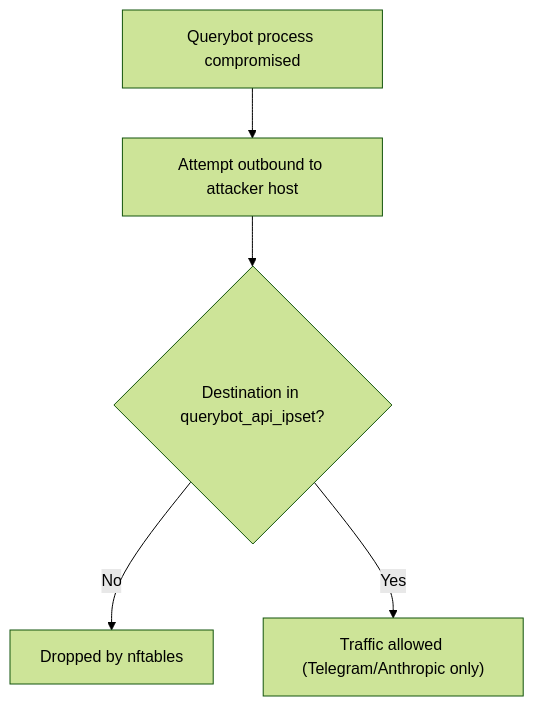
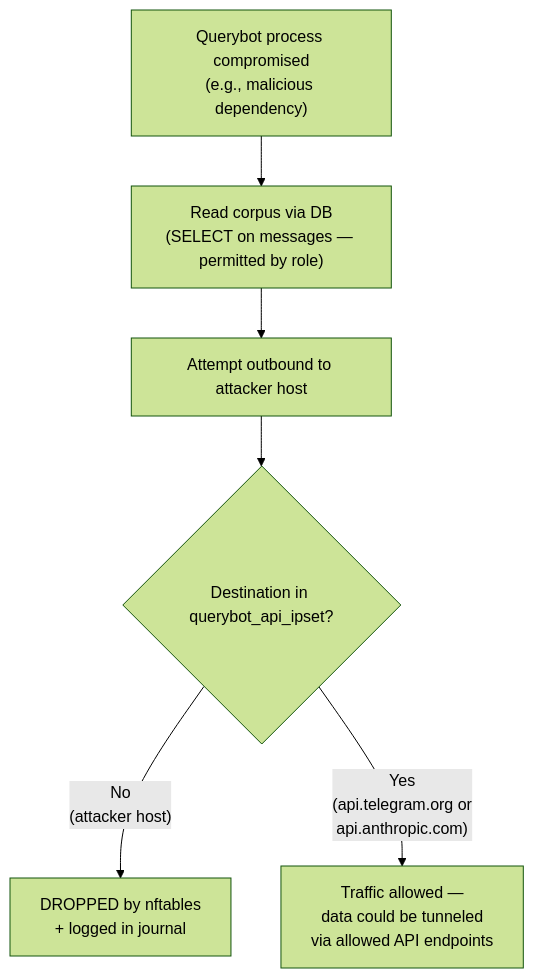
The second of 7 diagrams in tg-assistant/docs/SECURITY_MODEL.md (obheda12/telelocal), drawn with Mermaid (forest theme) before and after one commit. The commit also changed other lines of this file, not shown here.

First line of the commit message:
Rewrite security threat model with architectural depth and structural improvements

````diff
--- a/tg-assistant/docs/SECURITY_MODEL.md
+++ b/tg-assistant/docs/SECURITY_MODEL.md
@@ -408,7 +521,8 @@
 ```mermaid
 flowchart TD
-    A["Querybot process compromised"] --> B["Attempt outbound to attacker host"]
-    B --> C{"Destination in querybot_api_ipset?"}
-    C -->|No| D["Dropped by nftables"]
-    C -->|Yes| E["Traffic allowed (Telegram/Anthropic only)"]
+    A["Querybot process compromised<br/>(e.g., malicious dependency)"] --> B["Read corpus via DB<br/>(SELECT on messages — permitted by role)"]
+    B --> C["Attempt outbound to attacker host"]
+    C --> D{"Destination in querybot_api_ipset?"}
+    D -->|"No<br/>(attacker host)"| E["DROPPED by nftables<br/>+ logged in journal"]
+    D -->|"Yes<br/>(api.telegram.org or<br/>api.anthropic.com)"| F["Traffic allowed —<br/>data could be tunneled<br/>via allowed API endpoints"]
 ```
````
